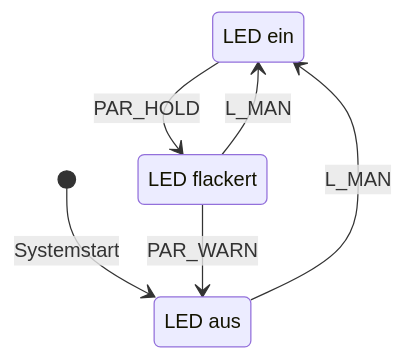
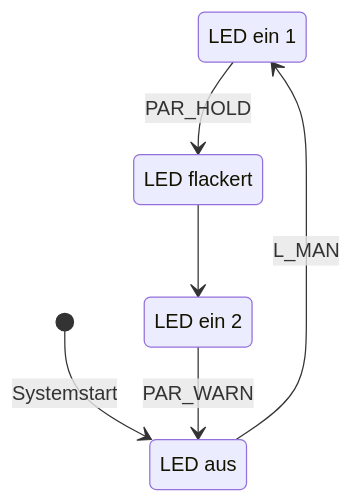
The first of 4 diagrams in docs/2_2_Steuerung.md (jhumci/2024_SoSe_Bus), drawn with Mermaid before and after one commit. The commit also changed other lines of this file and 138 other files, not shown here.

````diff
--- a/docs/2_2_Steuerung.md
+++ b/docs/2_2_Steuerung.md
@@ -113,11 +113,12 @@
 ```Mermaid
 stateDiagram
-    A : LED ein
+    A : LED ein 1
     B : LED flackert
+    C : LED ein 2
     E : LED aus
     [*] --> E : Systemstart
     E --> A : L_MAN
-    B --> A : L_MAN
     A --> B : PAR_HOLD
-    B --> E : PAR_WARN
+    C --> E : PAR_WARN
+    B --> C
 ```
````
